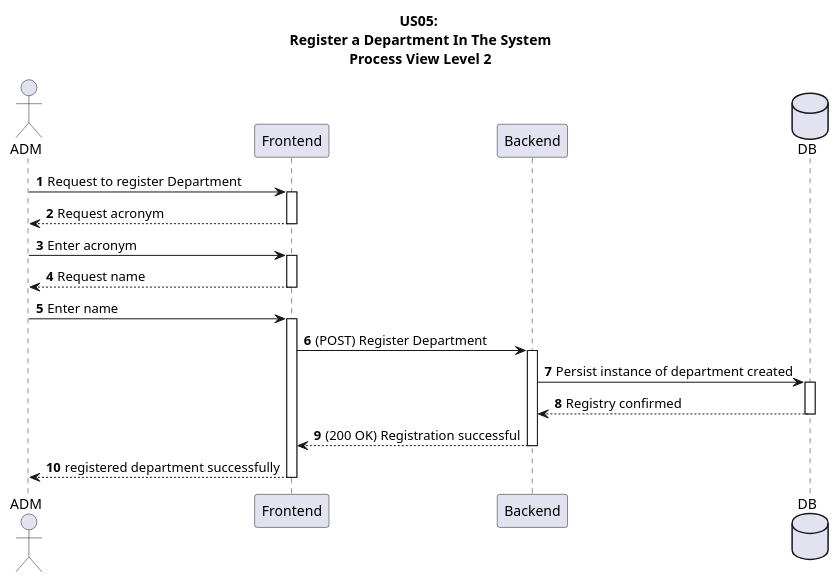
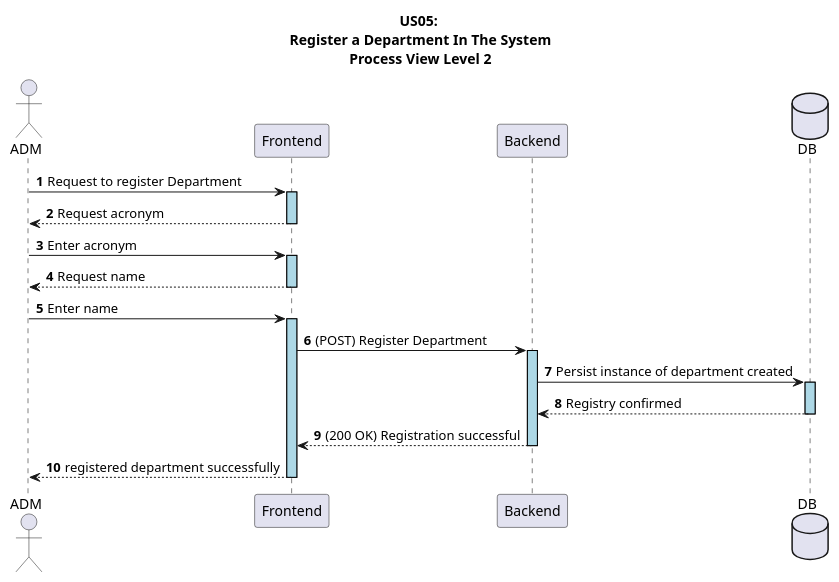
Before and after one commit to GasparISEP/DevOps-PAI: the diagram in docs/US05/sprint6_RestAPI/ProcessView/US05_RestAPI_ProcessView_Level2.puml, drawn with PlantUML. The commit also changed 1 other file, not shown here.

Commit message:
doc: minimal refactor of Level1 and Level2 ProcessView diagram to Department Registration documentation files (refs #500, refs #575)

```diff
--- a/docs/US05/sprint6_RestAPI/ProcessView/US05_RestAPI_ProcessView_Level2.puml
+++ b/docs/US05/sprint6_RestAPI/ProcessView/US05_RestAPI_ProcessView_Level2.puml
@@ -1,22 +1,27 @@
 @startuml
 autonumber
+
+skinparam sequence {
+   LifelineBorderColor black
+   LifelineBackgroundColor LightBlue
+ }
 
 title US05:\n Register a Department In The System\n Process View Level 2
 actor ADM
 participant "Frontend" as FE
 participant "Backend" as BE
 database DB
 
 ADM -> FE ++: Request to register Department
 FE --> ADM --: Request acronym
 ADM -> FE ++: Enter acronym
 FE --> ADM --: Request name
 ADM -> FE ++: Enter name
 
 FE -> BE ++: (POST) Register Department
 BE -> DB ++: Persist instance of department created
 DB --> BE --: Registry confirmed
 BE --> FE --: (200 OK) Registration successful
 FE --> ADM --: registered department successfully
 
 @enduml
```
